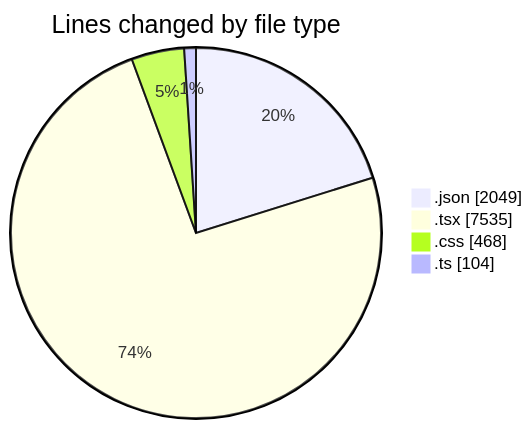
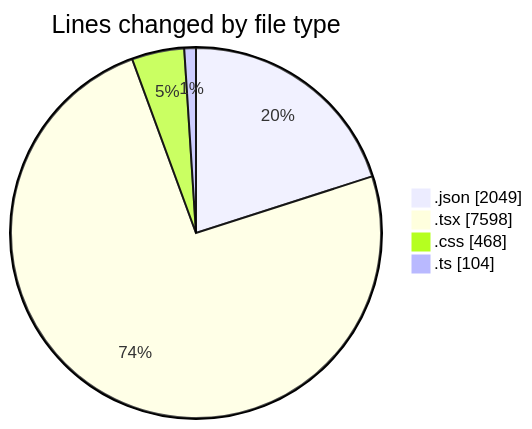
The first of 2 diagrams in 2025-08-14/ribbon/README.md (EIIisD/code-tracking), drawn with Mermaid before and after one commit. The commit also changed other lines of this file and 1 other file, not shown here.

````diff
--- a/2025-08-14/ribbon/README.md
+++ b/2025-08-14/ribbon/README.md
@@ -30,8 +31,8 @@
 ```mermaid
 pie showData
 title Lines changed by file type
 ".json" : 2049
-".tsx" : 7535
+".tsx" : 7598
 ".css" : 468
 ".ts" : 104
 ```
````
